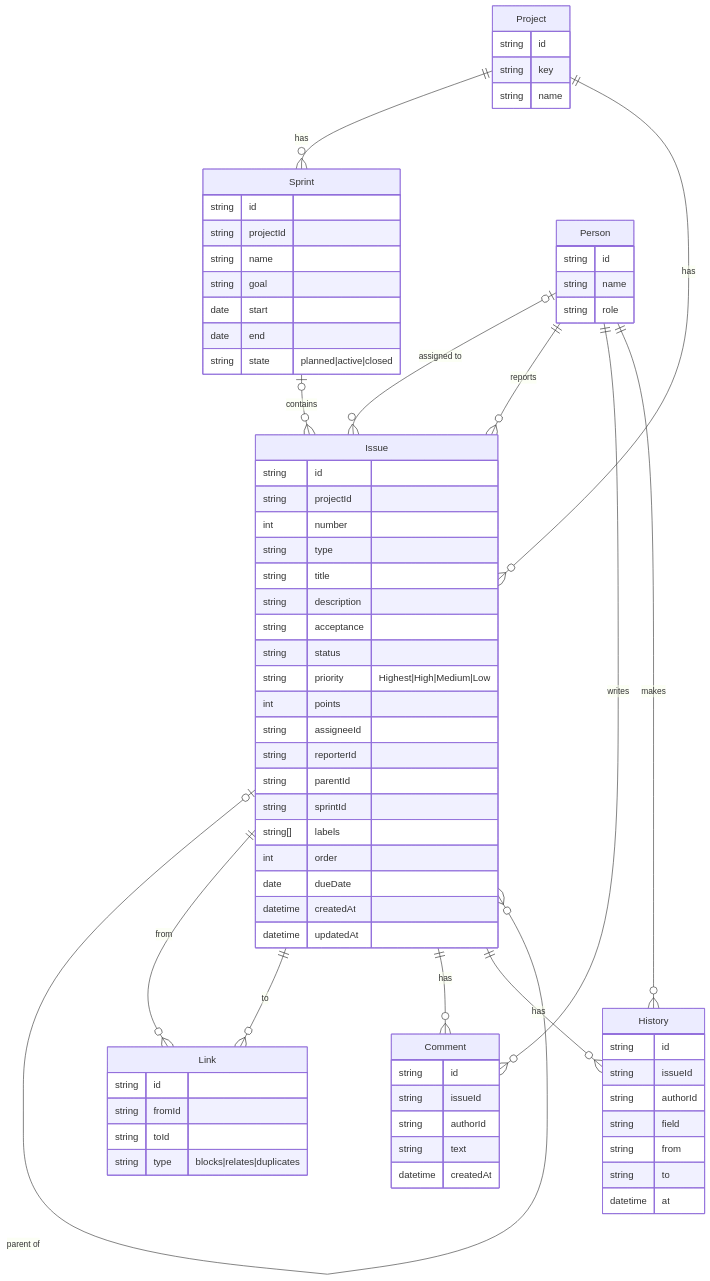
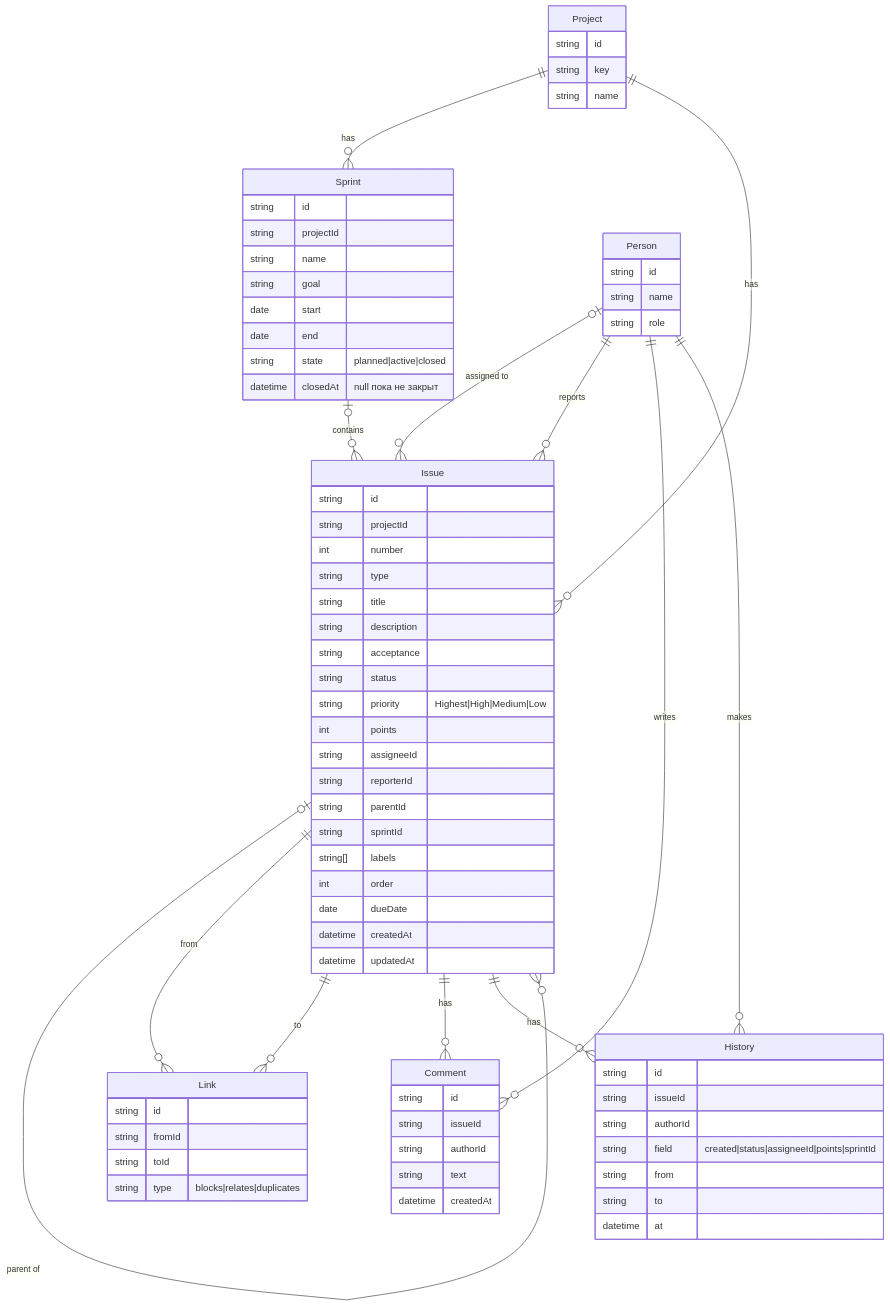
Before and after one commit to TimurNazmutdinov/team-tracker: the diagram in docs/data-model.md, drawn with Mermaid. The commit also changed other lines of this file and 45 other files, not shown here.

````diff
--- a/docs/data-model.md
+++ b/docs/data-model.md
@@ -38,78 +56,79 @@
 ```mermaid
 erDiagram
     Project ||--o{ Sprint : has
     Project ||--o{ Issue : has
     Sprint |o--o{ Issue : contains
     Person |o--o{ Issue : "assigned to"
     Person ||--o{ Issue : reports
     Issue |o--o{ Issue : "parent of"
     Issue ||--o{ Link : "from"
     Issue ||--o{ Link : "to"
     Issue ||--o{ Comment : has
     Issue ||--o{ History : has
     Person ||--o{ Comment : writes
     Person ||--o{ History : makes
 
     Project {
         string id
         string key
         string name
     }
     Person {
         string id
         string name
         string role
     }
     Sprint {
         string id
         string projectId
         string name
         string goal
         date start
         date end
         string state "planned|active|closed"
+        datetime closedAt "null пока не закрыт"
     }
     Issue {
         string id
         string projectId
         int number
         string type
         string title
         string description
         string acceptance
         string status
         string priority "Highest|High|Medium|Low"
         int points
         string assigneeId
         string reporterId
         string parentId
         string sprintId
         string[] labels
         int order
         date dueDate
         datetime createdAt
         datetime updatedAt
     }
     Link {
         string id
         string fromId
         string toId
         string type "blocks|relates|duplicates"
     }
     Comment {
         string id
         string issueId
         string authorId
         string text
         datetime createdAt
     }
     History {
         string id
         string issueId
         string authorId
-        string field
+        string field "created|status|assigneeId|points|sprintId"
         string from
         string to
         datetime at
     }
 ```
````
